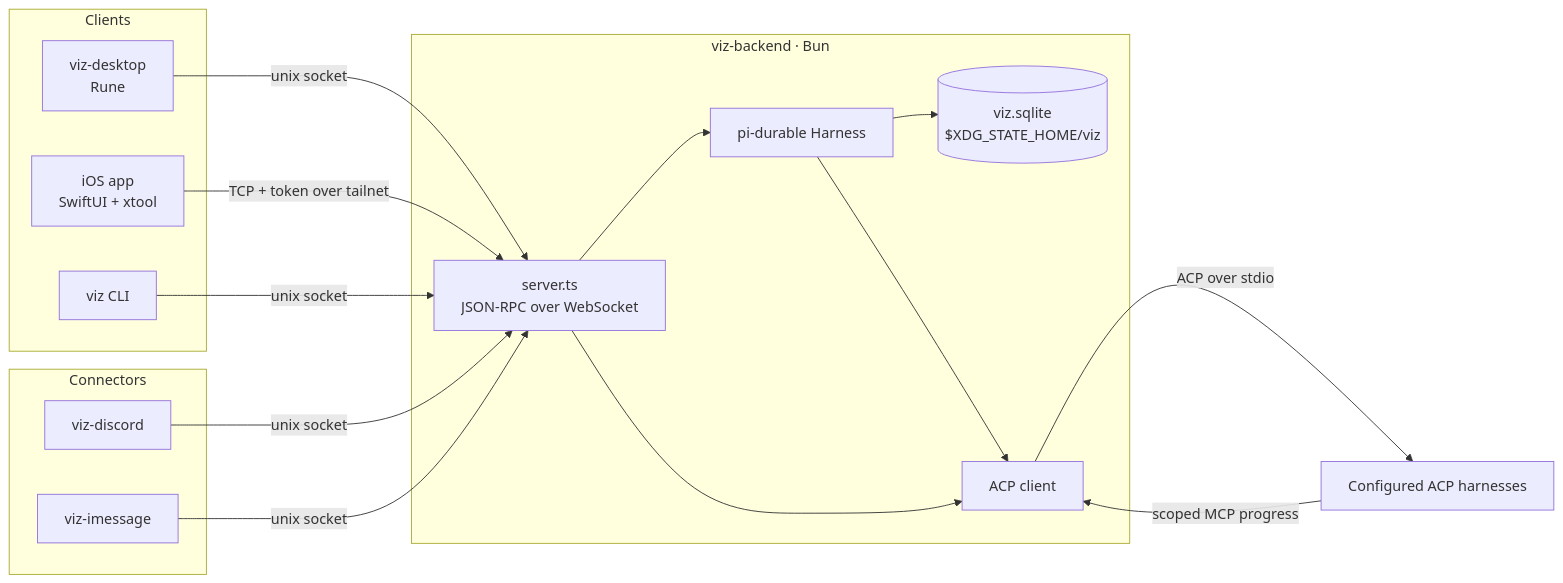
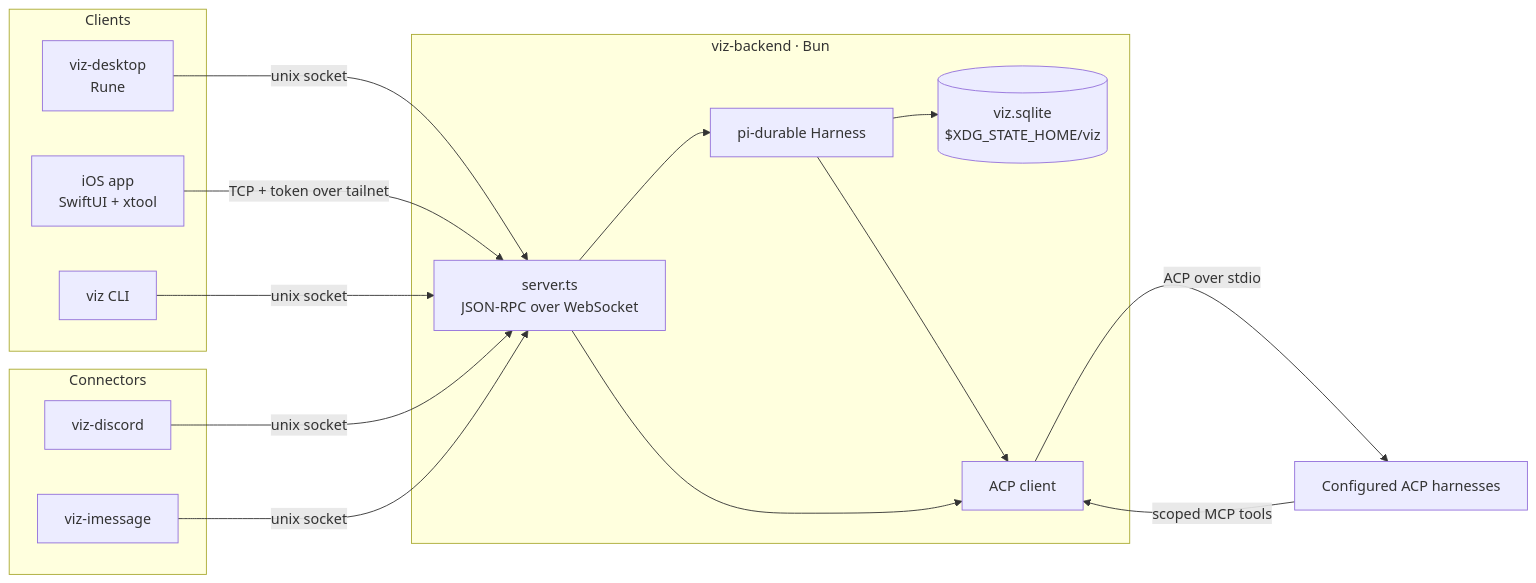
The diagram in docs/architecture.md (vidhanio/viz), drawn with Mermaid before and after one commit. The commit also changed other lines of this file and 26 other files, not shown here.

````diff
--- a/docs/architecture.md
+++ b/docs/architecture.md
@@ -5,27 +5,27 @@
 ```mermaid
 flowchart LR
   subgraph clients[Clients]
     desktop[viz-desktop<br/>Rune]
     ios[iOS app<br/>SwiftUI + xtool]
     cli[viz CLI]
   end
   subgraph connectors[Connectors]
     discord[viz-discord]
     imessage[viz-imessage]
   end
   subgraph backend[viz-backend · Bun]
     server[server.ts<br/>JSON-RPC over WebSocket]
     harness[pi-durable Harness]
     acp[ACP client]
     db[(viz.sqlite<br/>$XDG_STATE_HOME/viz)]
   end
   harnesses[Configured ACP harnesses]
 
   desktop & cli & discord & imessage -- unix socket --> server
   ios -- TCP + token over tailnet --> server
   server --> harness --> db
   server --> acp
   harness --> acp
   acp -- ACP over stdio --> harnesses
-  harnesses -- scoped MCP progress --> acp
+  harnesses -- scoped MCP tools --> acp
 ```
````
